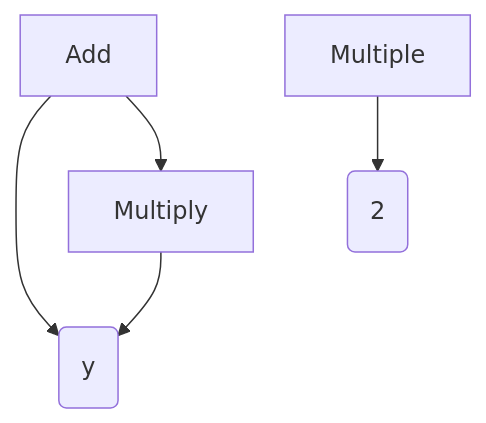
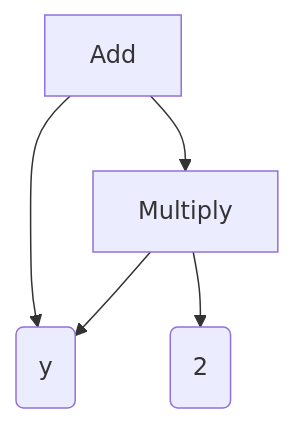
The diagram in docs/variables.md (MOEAFramework/MOEAFramework), drawn with Mermaid before and after one commit. The commit also changed other lines of this file, not shown here.

````diff
--- a/docs/variables.md
+++ b/docs/variables.md
@@ -75,7 +76,7 @@
 ```mermaid
 graph TD;
     Add --> Get("x");
     Add --> Multiply;
     Multiply --> Get("y");
-    Multiple --> Constant(2);
+    Multiply --> Constant(2);
 ```
````
